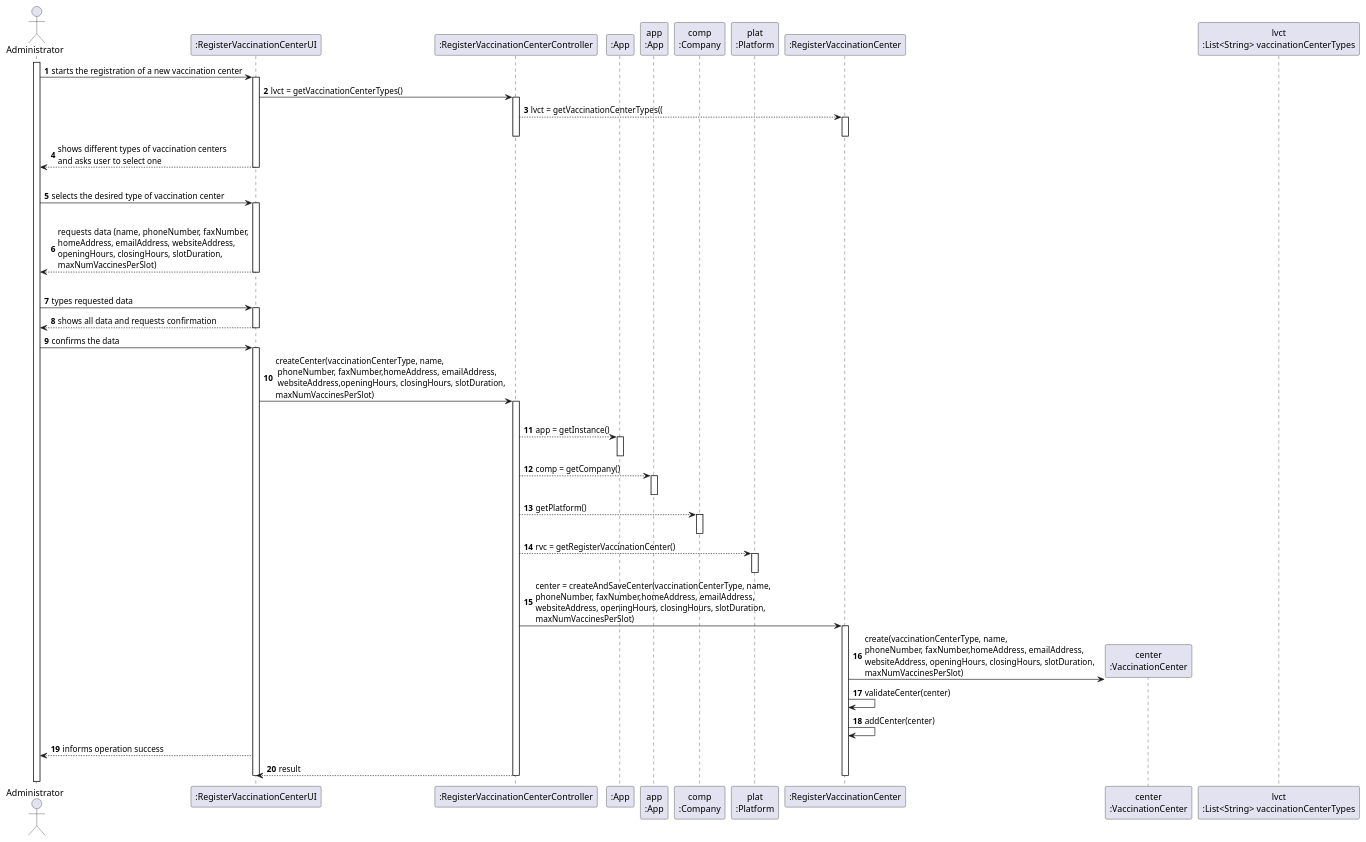
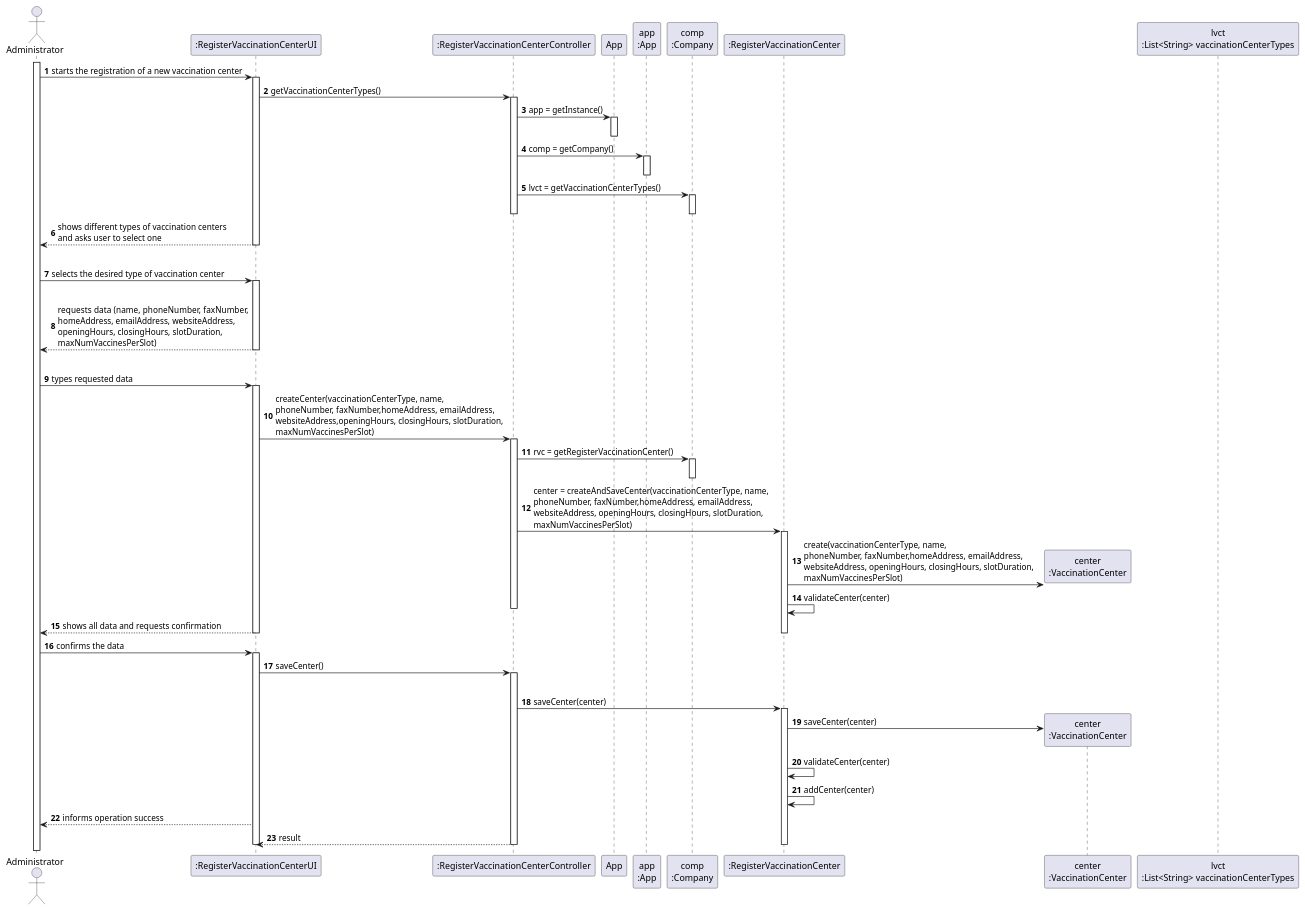
One commit to diogonapoles/isep-lapr2 changed the diagram in docs/SprintB/UserStories/US9/US009_SD.puml. Above: the diagram before and after it, drawn with PlantUML. The commit also changed 1 other file, not shown here.

```diff
--- a/docs/SprintB/UserStories/US9/US009_SD.puml
+++ b/docs/SprintB/UserStories/US9/US009_SD.puml
@@ -1,75 +1,75 @@
 @startuml
 autonumber
 'hide footbox
 actor "Administrator" as ADM
 
 participant ":RegisterVaccinationCenterUI" as UI
 participant ":RegisterVaccinationCenterController" as CTRL
-participant ":App" as _APP
+participant "App" as _APP
 participant "app\n:App" as APP
 participant "comp\n:Company" as COMP
-participant "plat\n:Platform" as PLAT
 participant ":RegisterVaccinationCenter" as RVC
 participant "center\n:VaccinationCenter" as VC
 participant "lvct\n:List<String> vaccinationCenterTypes" as LVCT
 
 activate ADM
 ADM -> UI : starts the registration of a new vaccination center
 activate UI
-UI -> CTRL : lvct = getVaccinationCenterTypes()
+UI -> CTRL : getVaccinationCenterTypes()
 activate CTRL
-
-CTRL --> RVC : lvct = getVaccinationCenterTypes((
-activate RVC
-deactivate RVC
+CTRL -> _APP : app = getInstance()
+activate _APP
+deactivate _APP
+CTRL -> APP : comp = getCompany()
+activate APP
+deactivate APP
+CTRL -> COMP : lvct = getVaccinationCenterTypes()
+activate COMP
+deactivate COMP
 deactivate CTRL
 UI --> ADM : shows different types of vaccination centers \nand asks user to select one
 deactivate UI
 |||
 
 
 ADM -> UI : selects the desired type of vaccination center
 activate UI
 |||
 UI --> ADM : requests data (name, phoneNumber, faxNumber,\nhomeAddress, emailAddress, websiteAddress,\nopeningHours, closingHours, slotDuration,\nmaxNumVaccinesPerSlot)
 deactivate UI
 |||
 
 ADM -> UI : types requested data
 activate UI
-
+UI -> CTRL : createCenter(vaccinationCenterType, name,\nphoneNumber, faxNumber,homeAddress, emailAddress,\nwebsiteAddress,openingHours, closingHours, slotDuration,\nmaxNumVaccinesPerSlot)
+activate CTRL
+CTRL -> COMP : rvc = getRegisterVaccinationCenter()
+activate COMP
+deactivate COMP
+CTRL -> RVC : center = createAndSaveCenter(vaccinationCenterType, name,\nphoneNumber, faxNumber,homeAddress, emailAddress,\nwebsiteAddress, openingHours, closingHours, slotDuration,\nmaxNumVaccinesPerSlot)
+activate RVC
+RVC -> VC ** : create(vaccinationCenterType, name,\nphoneNumber, faxNumber,homeAddress, emailAddress,\nwebsiteAddress, openingHours, closingHours, slotDuration,\nmaxNumVaccinesPerSlot)
+RVC -> RVC : validateCenter(center)
+deactivate CTRL
 UI --> ADM: shows all data and requests confirmation
 deactivate RVC
 
-deactivate PLAT
 deactivate CTRL
 deactivate UI
 
 ADM -> UI : confirms the data
 activate UI
-UI -> CTRL : createCenter(vaccinationCenterType, name,\n phoneNumber, faxNumber,homeAddress, emailAddress,\n websiteAddress,openingHours, closingHours, slotDuration,\nmaxNumVaccinesPerSlot)
+UI -> CTRL : saveCenter()
 activate CTRL
 |||
-CTRL --> _APP : app = getInstance()
-activate _APP
-deactivate _APP
-CTRL --> APP : comp = getCompany()
-activate APP
-deactivate APP
-CTRL --> COMP : getPlatform()
-activate COMP
-deactivate COMP
-CTRL --> PLAT : rvc = getRegisterVaccinationCenter()
-activate PLAT
-deactivate PLAT
-CTRL -> RVC : center = createAndSaveCenter(vaccinationCenterType, name,\nphoneNumber, faxNumber,homeAddress, emailAddress,\nwebsiteAddress, openingHours, closingHours, slotDuration,\nmaxNumVaccinesPerSlot)
+CTRL -> RVC : saveCenter(center)
 activate RVC
-RVC -> VC ** : create(vaccinationCenterType, name,\nphoneNumber, faxNumber,homeAddress, emailAddress,\nwebsiteAddress, openingHours, closingHours, slotDuration,\nmaxNumVaccinesPerSlot)
+RVC -> VC ** : saveCenter(center)
 RVC -> RVC : validateCenter(center)
 RVC -> RVC : addCenter(center)
 UI --> ADM : informs operation success
 CTRL --> UI : result
 deactivate RVC
 deactivate CTRL
 deactivate UI
 @enduml
```
